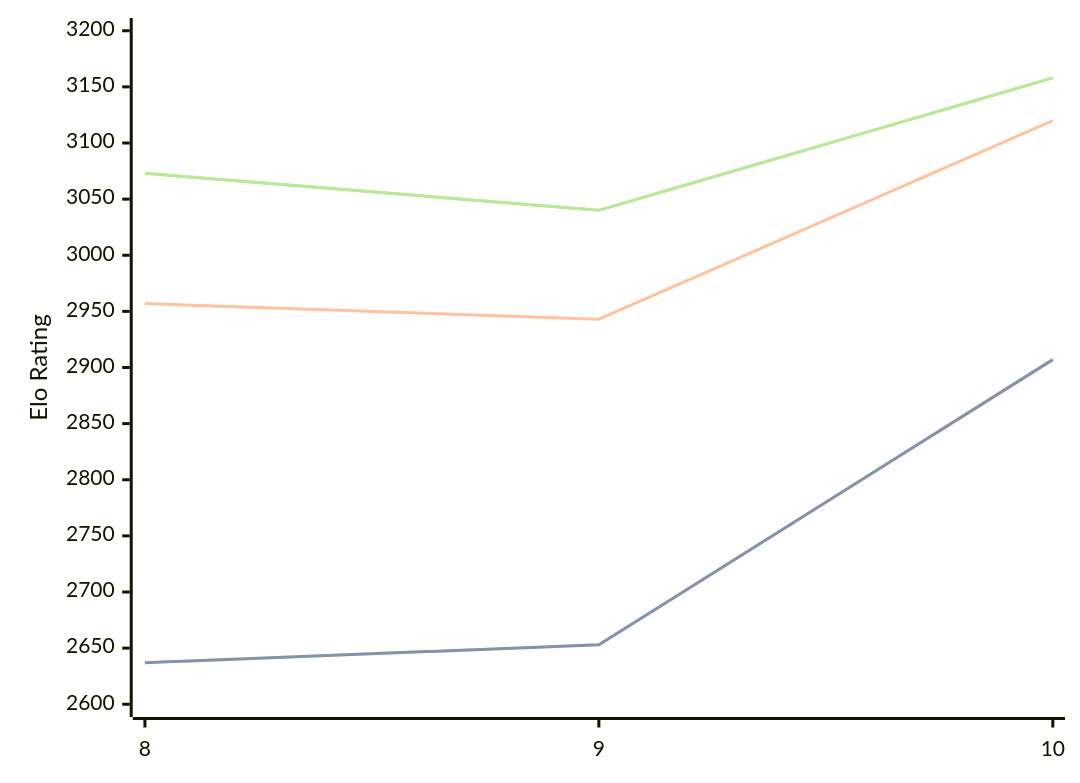
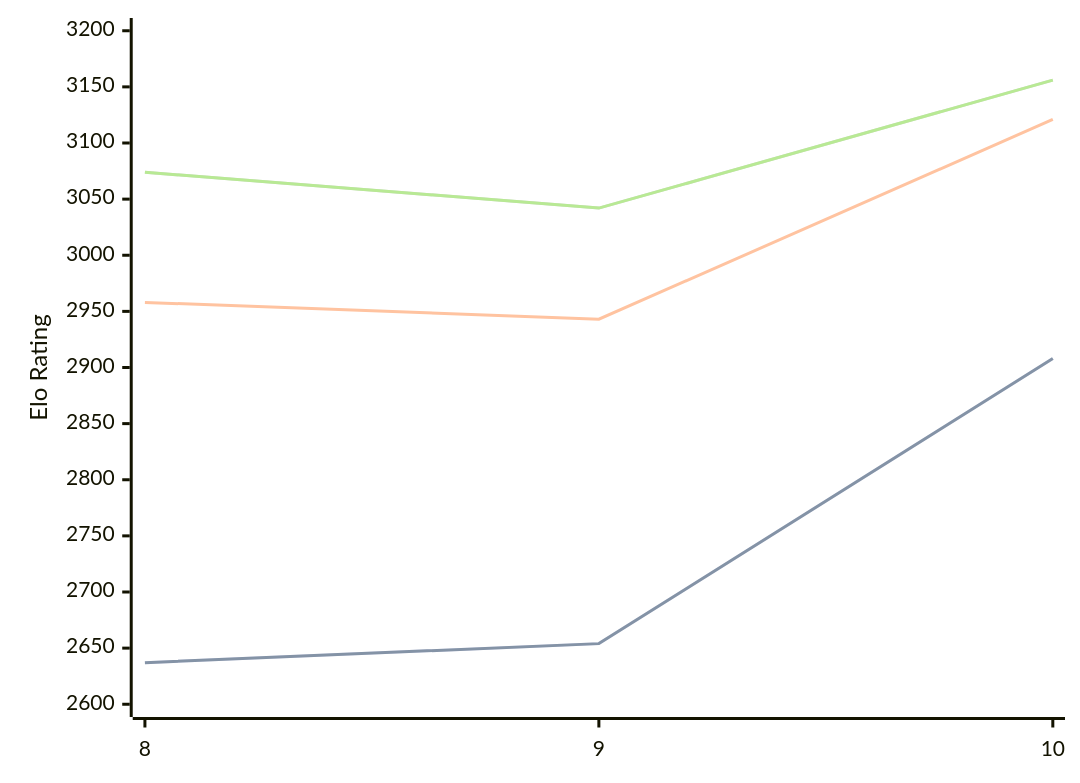
One commit to computer-chess-index/cci changed the diagram in engines/Lozza.md. Above: the diagram before and after it, drawn with Mermaid. The commit also changed other lines of this file, not shown here.

Commit message:
Update CCI Ratings (ELO VLTC) - 2026-05-01

````diff
--- a/engines/Lozza.md
+++ b/engines/Lozza.md
@@ -41,11 +41,11 @@
 ```mermaid
 %%{init: {"theme":"base","themeVariables":{"seriesColors:['#a3a3a3','#222221','#faa371']}}}%%
 xychart-beta
   x-axis ["8", "9", "10"]
   y-axis "Elo Rating" 2600 --> 3200
-  line "STC (8.0+0.08s)" [2637, 2653, 2907]
-  line "STC (8.0+0.08s)" [2637, 2653, 2907]
-  line "LTC (60.0+0.60s)" [2957, 2943, 3120]
-  line "VLTC (2m24s+1.12s)" [3073, 3040, 3158]
-  line "VLTC (2m24s+1.12s)" [3073, 3040, 3158]
+  line "STC (8.0+0.08s)" [2637, 2654, 2908]
+  line "STC (8.0+0.08s)" [2637, 2654, 2908]
+  line "LTC (60.0+0.60s)" [2958, 2943, 3121]
+  line "VLTC (2m24s+1.12s)" [3074, 3042, 3156]
+  line "VLTC (2m24s+1.12s)" [3074, 3042, 3156]
 ```
````
